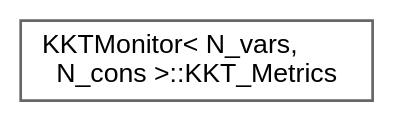
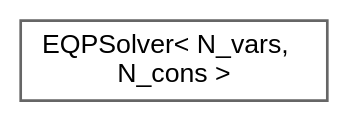
Before and after one commit to jswoo0615/Algorithms_for_Optimization_cpp: the diagram in inherit_graph_3.dot, drawn with Graphviz. The commit also changed 121 other files, not shown here.

```diff
--- a/inherit_graph_3.dot
+++ b/inherit_graph_3.dot
@@ -1,9 +1,9 @@
 digraph "Graphical Class Hierarchy"
 {
  // LATEX_PDF_SIZE
   bgcolor="transparent";
   edge [fontname=Helvetica,fontsize=10,labelfontname=Helvetica,labelfontsize=10];
   node [fontname=Helvetica,fontsize=10,shape=box,height=0.2,width=0.4];
   rankdir="LR";
-  Node0 [id="Node000000",label="KKTMonitor\< N_vars,\l N_cons \>::KKT_Metrics",height=0.2,width=0.4,color="grey40", fillcolor="white", style="filled",URL="$structKKTMonitor_1_1KKT__Metrics.html",tooltip=" "];
+  Node0 [id="Node000000",label="EQPSolver\< N_vars,\l N_cons \>",height=0.2,width=0.4,color="grey40", fillcolor="white", style="filled",URL="$classEQPSolver.html",tooltip="Equality-Constrainted Quadratic Programming Solver."];
 }
```
